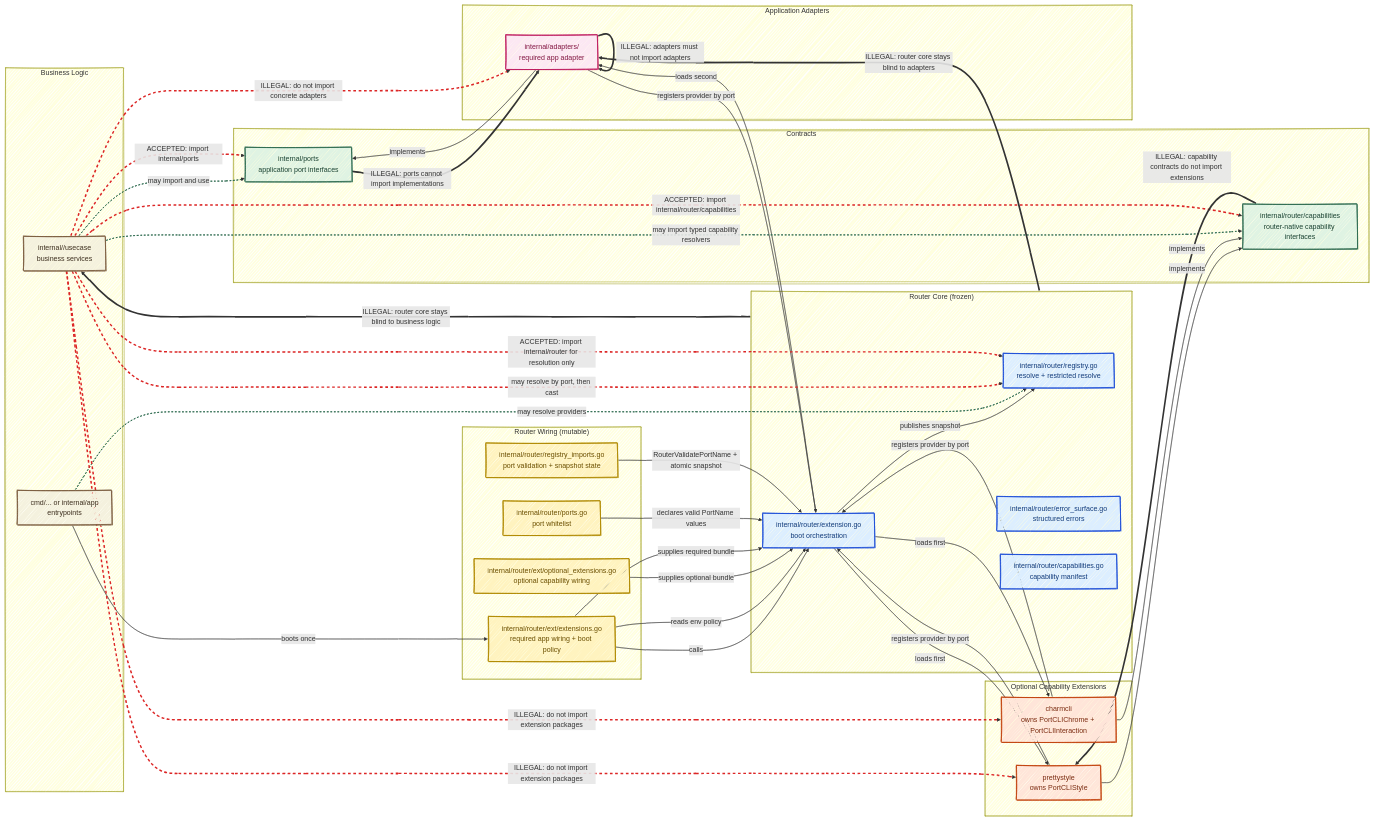
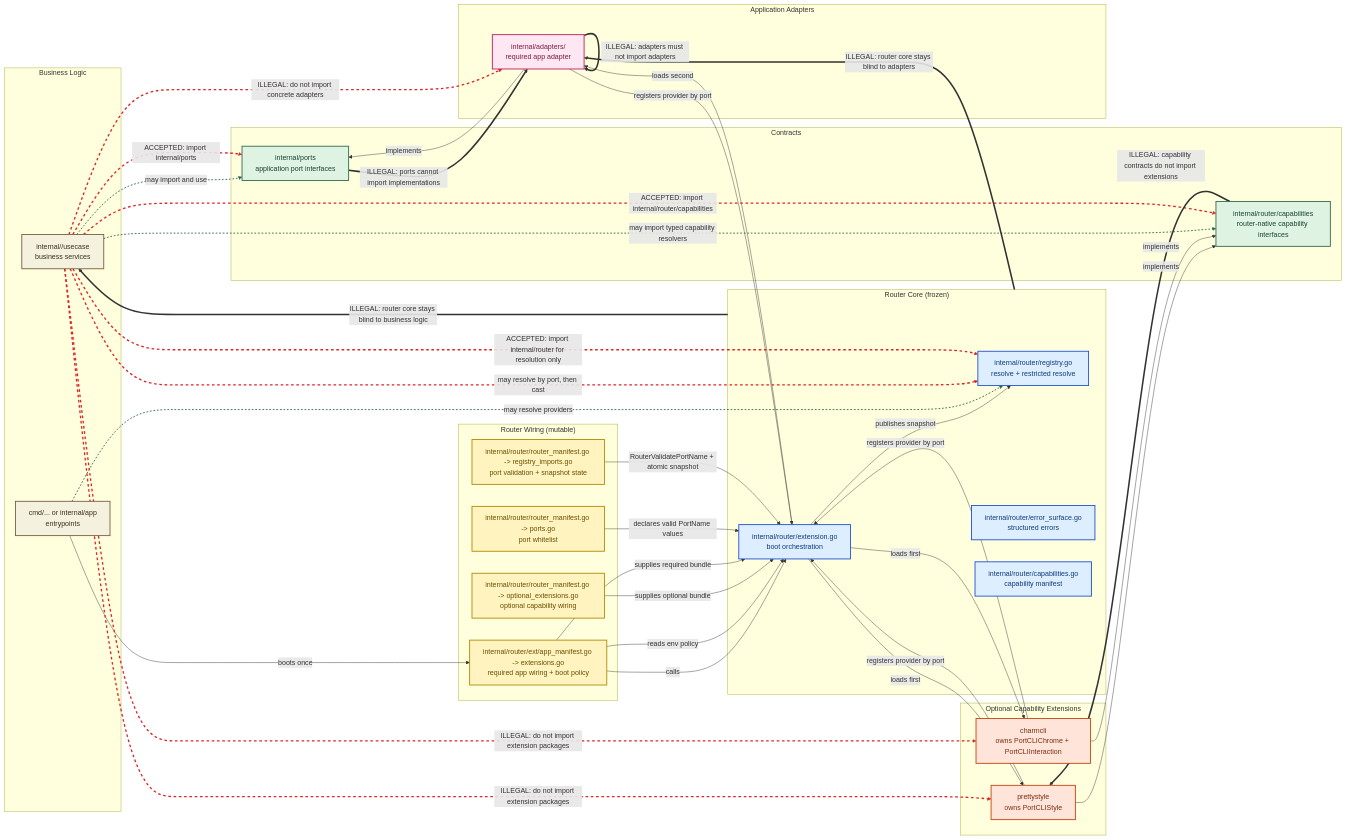
The diagram in docs/documentation/architecture_diagram.mmd (michaelbomholt665/wrlk), drawn with Mermaid before and after one commit. The commit also changed 22 other files, not shown here.

```diff
--- a/docs/documentation/architecture_diagram.mmd
+++ b/docs/documentation/architecture_diagram.mmd
@@ -1,94 +1,94 @@
 ---
 config:
   layout: dagre
-  look: handDrawn
+  look: classic
 ---
 flowchart LR
     subgraph Business["Business Logic"]
         UseCase["internal/<domain>/usecase\nbusiness services"]
         CLI["cmd/... or internal/app\nentrypoints"]
     end
 
     subgraph Contracts["Contracts"]
         AppPorts["internal/ports\napplication port interfaces"]
         CapPkg["internal/router/capabilities\nrouter-native capability interfaces"]
     end
 
     subgraph RouterMutable["Router Wiring (mutable)"]
-        Ports["internal/router/ports.go\nport whitelist"]
-        Imports["internal/router/registry_imports.go\nport validation + snapshot state"]
-        OptExt["internal/router/ext/optional_extensions.go\noptional capability wiring"]
-        ReqExt["internal/router/ext/extensions.go\nrequired app wiring + boot policy"]
+        Ports["internal/router/router_manifest.go -> ports.go\nport whitelist"]
+        Imports["internal/router/router_manifest.go -> registry_imports.go\nport validation + snapshot state"]
+        OptExt["internal/router/router_manifest.go -> optional_extensions.go\noptional capability wiring"]
+        ReqExt["internal/router/ext/app_manifest.go -> extensions.go\nrequired app wiring + boot policy"]
     end
 
     subgraph RouterCore["Router Core (frozen)"]
         Extension["internal/router/extension.go\nboot orchestration"]
         Registry["internal/router/registry.go\nresolve + restricted resolve"]
         Errors["internal/router/error_surface.go\nstructured errors"]
         Manifest["internal/router/capabilities.go\ncapability manifest"]
     end
 
     subgraph OptionalExts["Optional Capability Extensions"]
         Pretty["prettystyle\nowns PortCLIStyle"]
         Charm["charmcli\nowns PortCLIChrome + PortCLIInteraction"]
     end
 
     subgraph Adapters["Application Adapters"]
         Adapter["internal/adapters/<name>\nrequired app adapter"]
     end
 
     CLI -->|"boots once"| ReqExt
     ReqExt -->|"calls"| Extension
     ReqExt -->|"reads env policy"| Extension
     OptExt -->|"supplies optional bundle"| Extension
     ReqExt -->|"supplies required bundle"| Extension
     Ports -->|"declares valid PortName values"| Extension
     Imports -->|"RouterValidatePortName + atomic snapshot"| Extension
 
     Extension -->|"publishes snapshot"| Registry
     Extension -->|"loads first"| Pretty
     Extension -->|"loads first"| Charm
     Extension -->|"loads second"| Adapter
 
     Pretty -->|"registers provider by port"| Extension
     Charm -->|"registers provider by port"| Extension
     Adapter -->|"registers provider by port"| Extension
 
     Pretty -->|"implements"| CapPkg
     Charm -->|"implements"| CapPkg
     Adapter -->|"implements"| AppPorts
 
     UseCase -->|"may import and use"| AppPorts
     UseCase -->|"may import typed capability resolvers"| CapPkg
     CLI -->|"may resolve providers"| Registry
     UseCase -->|"may resolve by port, then cast"| Registry
 
     UseCase -. "ACCEPTED: import internal/ports" .-> AppPorts
     UseCase -. "ACCEPTED: import internal/router/capabilities" .-> CapPkg
     UseCase -. "ACCEPTED: import internal/router for resolution only" .-> Registry
 
     UseCase ==> |"ILLEGAL: do not import concrete adapters"| Adapter
     UseCase ==> |"ILLEGAL: do not import extension packages"| Pretty
     UseCase ==> |"ILLEGAL: do not import extension packages"| Charm
     Adapter ==> |"ILLEGAL: adapters must not import adapters"| Adapter
     AppPorts ==> |"ILLEGAL: ports cannot import implementations"| Adapter
     CapPkg ==> |"ILLEGAL: capability contracts do not import extensions"| Pretty
     RouterCore ==> |"ILLEGAL: router core stays blind to adapters"| Adapter
     RouterCore ==> |"ILLEGAL: router core stays blind to business logic"| UseCase
 
     classDef business fill:#f4f1de,stroke:#7a5c3e,color:#3d2f1f,stroke-width:2px
     classDef contracts fill:#dff3e3,stroke:#2d6a4f,color:#1b4332,stroke-width:2px
     classDef mutable fill:#fff3bf,stroke:#b08900,color:#6b4f00,stroke-width:2px
     classDef core fill:#dceeff,stroke:#1d4ed8,color:#123b7a,stroke-width:2px
     classDef ext fill:#ffe5d9,stroke:#c2410c,color:#7c2d12,stroke-width:2px
     classDef adapters fill:#fce7f3,stroke:#be185d,color:#831843,stroke-width:2px
 
     class UseCase,CLI business
     class AppPorts,CapPkg contracts
     class Ports,Imports,OptExt,ReqExt mutable
     class Extension,Registry,Errors,Manifest core
     class Pretty,Charm ext
     class Adapter adapters
 
     linkStyle 17,18,19 stroke:#2d6a4f,stroke-width:2px,stroke-dasharray: 4 4
     linkStyle 20,21,22,23,24,25,26 stroke:#dc2626,stroke-width:3px,stroke-dasharray: 6 6
```
